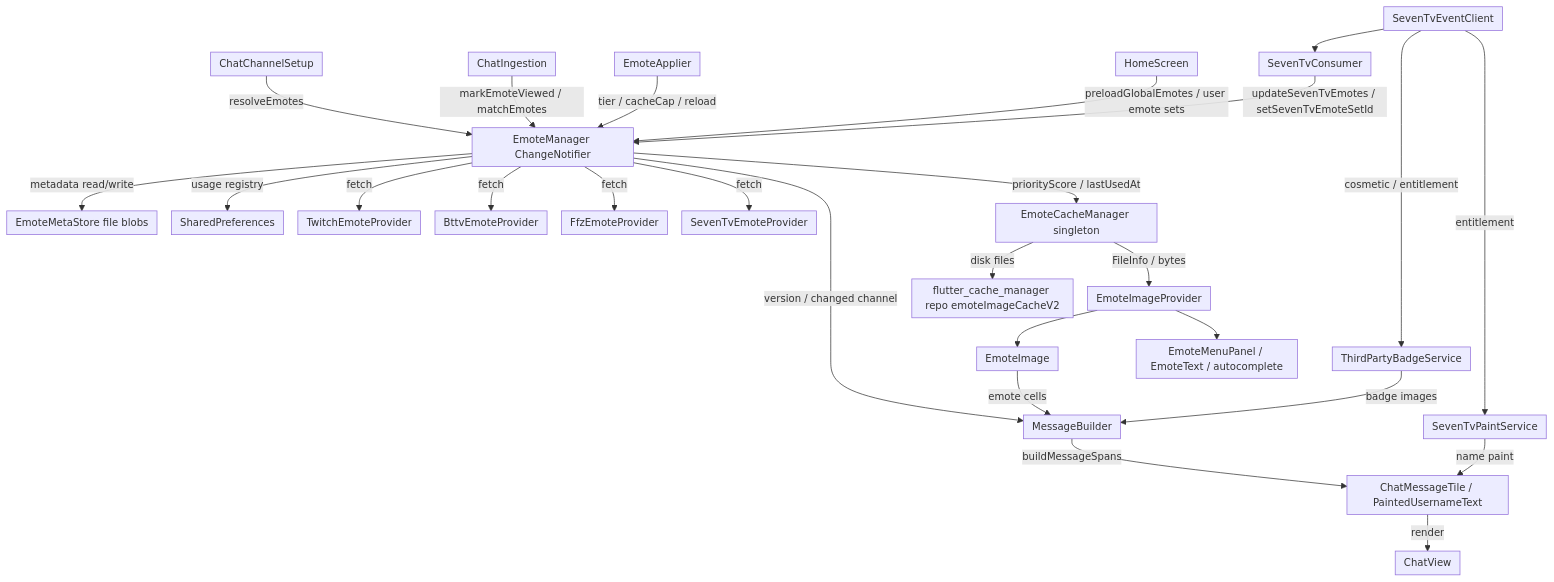
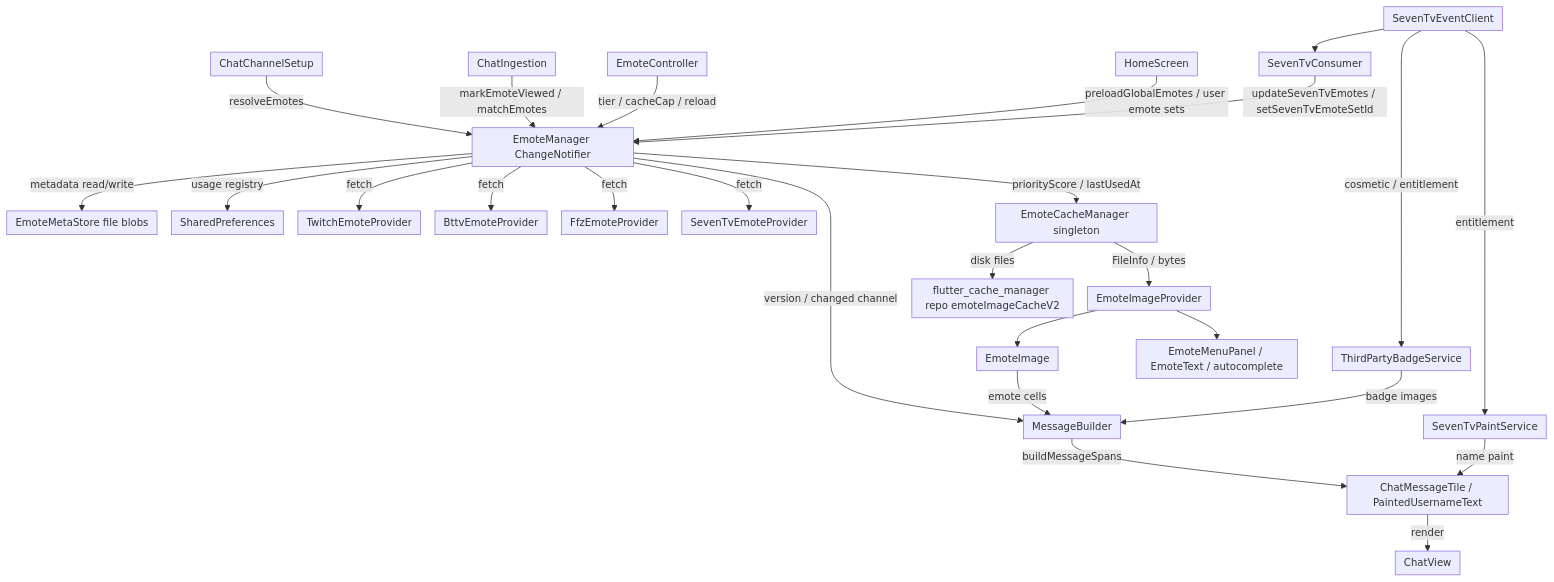
Before and after one commit to banan-guh/ErmChat: the third of 7 diagrams in ARCHITECTURE.md, drawn with Mermaid. The commit also changed other lines of this file and 24 other files, not shown here.

Commit message:
refactor: provider-own emote controller

````diff
--- a/ARCHITECTURE.md
+++ b/ARCHITECTURE.md
@@ -282,33 +282,33 @@
 ```mermaid
 %%{init: {"flowchart": {"useMaxWidth": true, "nodeSpacing": 20, "rankSpacing": 30, "padding": 6}, "themeVariables": {"fontSize": "14px"}}}%%
 flowchart TD
   setup["ChatChannelSetup"] -->|resolveEmotes| em["EmoteManager ChangeNotifier"]
   ingestion["ChatIngestion"] -->|markEmoteViewed / matchEmotes| em
-  applier["EmoteApplier"] -->|tier / cacheCap / reload| em
+  applier["EmoteController"] -->|tier / cacheCap / reload| em
   home["HomeScreen"] -->|preloadGlobalEmotes / user emote sets| em
 
   em -->|metadata read/write| meta["EmoteMetaStore file blobs"]
   em -->|usage registry| prefs["SharedPreferences"]
   em -->|fetch| twitchp["TwitchEmoteProvider"]
   em -->|fetch| bttvp["BttvEmoteProvider"]
   em -->|fetch| ffzp["FfzEmoteProvider"]
   em -->|fetch| tvp["SevenTvEmoteProvider"]
   em -->|version / changed channel| builder["MessageBuilder"]
 
   em -->|priorityScore / lastUsedAt| cache["EmoteCacheManager singleton"]
   cache -->|disk files| repo["flutter_cache_manager repo emoteImageCacheV2"]
   cache -->|FileInfo / bytes| imgprovider["EmoteImageProvider"]
   imgprovider --> emimg["EmoteImage"]
   emimg -->|emote cells| builder
   imgprovider --> menu["EmoteMenuPanel / EmoteText / autocomplete"]
 
   tvclient["SevenTvEventClient"] --> tvconsumer["SevenTvConsumer"]
   tvconsumer -->|updateSevenTvEmotes / setSevenTvEmoteSetId| em
   tvclient -->|cosmetic / entitlement| tpn["ThirdPartyBadgeService"]
   tvclient -->|entitlement| paint["SevenTvPaintService"]
   paint -->|name paint| tile["ChatMessageTile / PaintedUsernameText"]
   tpn -->|badge images| builder
 
   builder -->|buildMessageSpans| tile
   tile -->|render| view["ChatView"]
 ```
````
